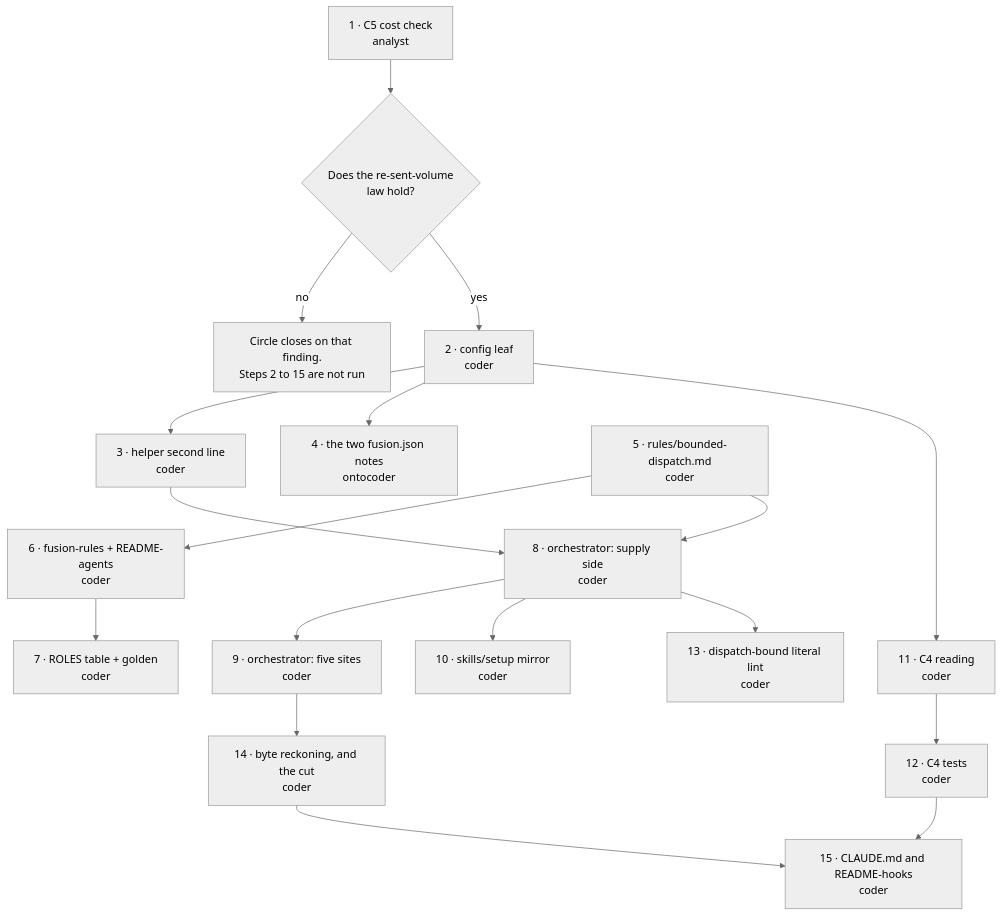
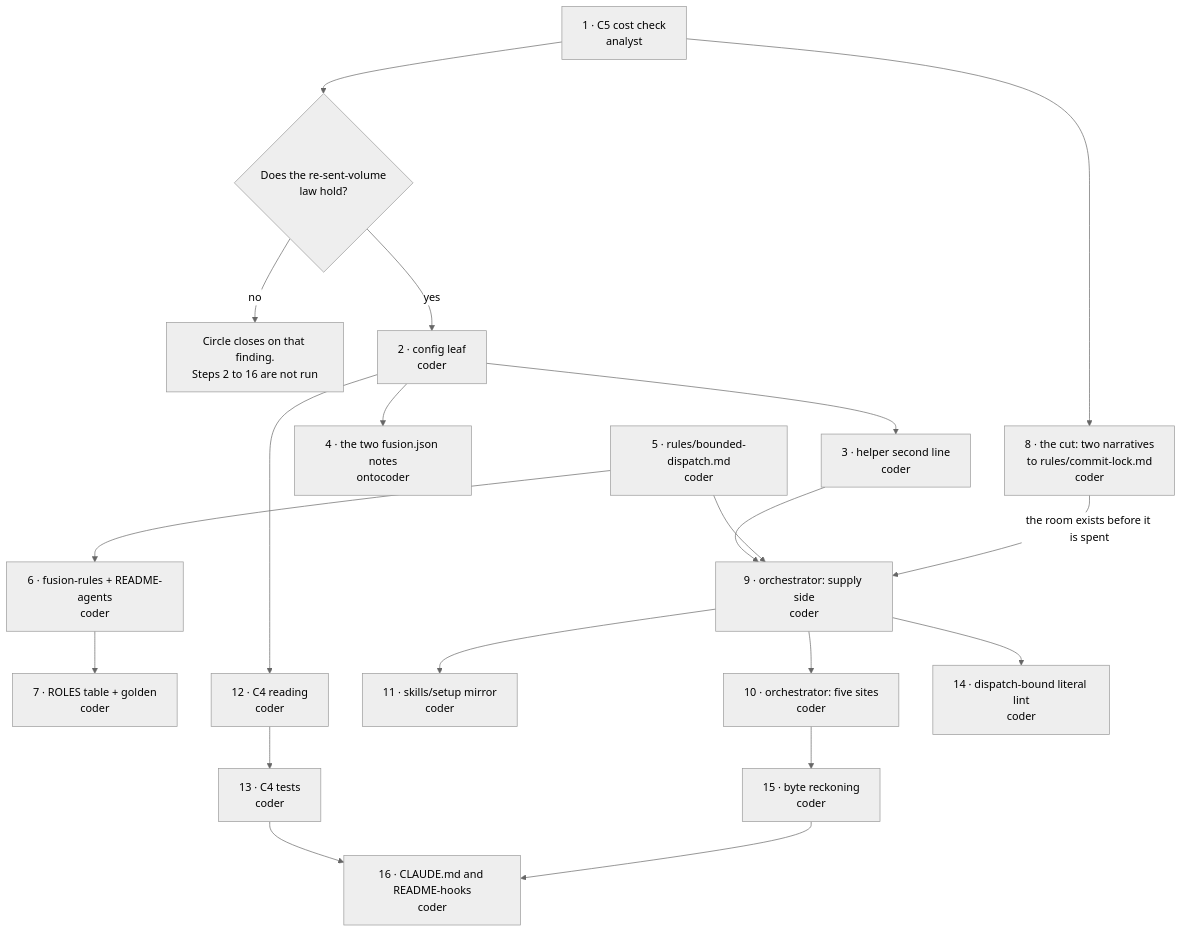
The second of 3 diagrams in fusion-workbench/circles/260906-2258-bounded-executor-dispatches/planning/260907-1450_o_plan-bounded-executor-dispatches.md (tenzoki/fusion), drawn with Mermaid (neutral theme) before and after one commit. The commit also changed other lines of this file and 14 other files, not shown here.

````diff
--- a/fusion-workbench/circles/260906-2258-bounded-executor-dispatches/planning/260907-1450_o_plan-bounded-executor-dispatches.md
+++ b/fusion-workbench/circles/260906-2258-bounded-executor-dispatches/planning/260907-1450_o_plan-bounded-executor-dispatches.md
@@ -77,37 +89,40 @@
 ```mermaid
 flowchart TD
   S1["1 · C5 cost check<br/>analyst"]
   STOP{"Does the re-sent-volume<br/>law hold?"}
-  CLOSE["Circle closes on that finding.<br/>Steps 2 to 15 are not run"]
+  CLOSE["Circle closes on that finding.<br/>Steps 2 to 16 are not run"]
   S2["2 · config leaf<br/>coder"]
   S3["3 · helper second line<br/>coder"]
   S4["4 · the two fusion.json notes<br/>ontocoder"]
   S5["5 · rules/bounded-dispatch.md<br/>coder"]
   S6["6 · fusion-rules + README-agents<br/>coder"]
   S7["7 · ROLES table + golden<br/>coder"]
-  S8["8 · orchestrator: supply side<br/>coder"]
-  S9["9 · orchestrator: five sites<br/>coder"]
-  S10["10 · skills/setup mirror<br/>coder"]
-  S11["11 · C4 reading<br/>coder"]
-  S12["12 · C4 tests<br/>coder"]
-  S13["13 · dispatch-bound literal lint<br/>coder"]
-  S14["14 · byte reckoning, and the cut<br/>coder"]
-  S15["15 · CLAUDE.md and README-hooks<br/>coder"]
+  S8["8 · the cut: two narratives<br/>to rules/commit-lock.md<br/>coder"]
+  S9["9 · orchestrator: supply side<br/>coder"]
+  S10["10 · orchestrator: five sites<br/>coder"]
+  S11["11 · skills/setup mirror<br/>coder"]
+  S12["12 · C4 reading<br/>coder"]
+  S13["13 · C4 tests<br/>coder"]
+  S14["14 · dispatch-bound literal lint<br/>coder"]
+  S15["15 · byte reckoning<br/>coder"]
+  S16["16 · CLAUDE.md and README-hooks<br/>coder"]
   S1 --> STOP
   STOP -->|"no"| CLOSE
   STOP -->|"yes"| S2
   S2 --> S3
   S2 --> S4
-  S3 --> S8
+  S3 --> S9
   S5 --> S6
   S6 --> S7
-  S5 --> S8
-  S8 --> S9
-  S8 --> S10
+  S5 --> S9
+  S1 --> S8
+  S8 -->|"the room exists before it is spent"| S9
+  S9 --> S10
+  S9 --> S11
+  S10 --> S15
+  S2 --> S12
+  S12 --> S13
   S9 --> S14
-  S2 --> S11
-  S11 --> S12
-  S8 --> S13
-  S12 --> S15
-  S14 --> S15
+  S13 --> S16
+  S15 --> S16
 ```
````
